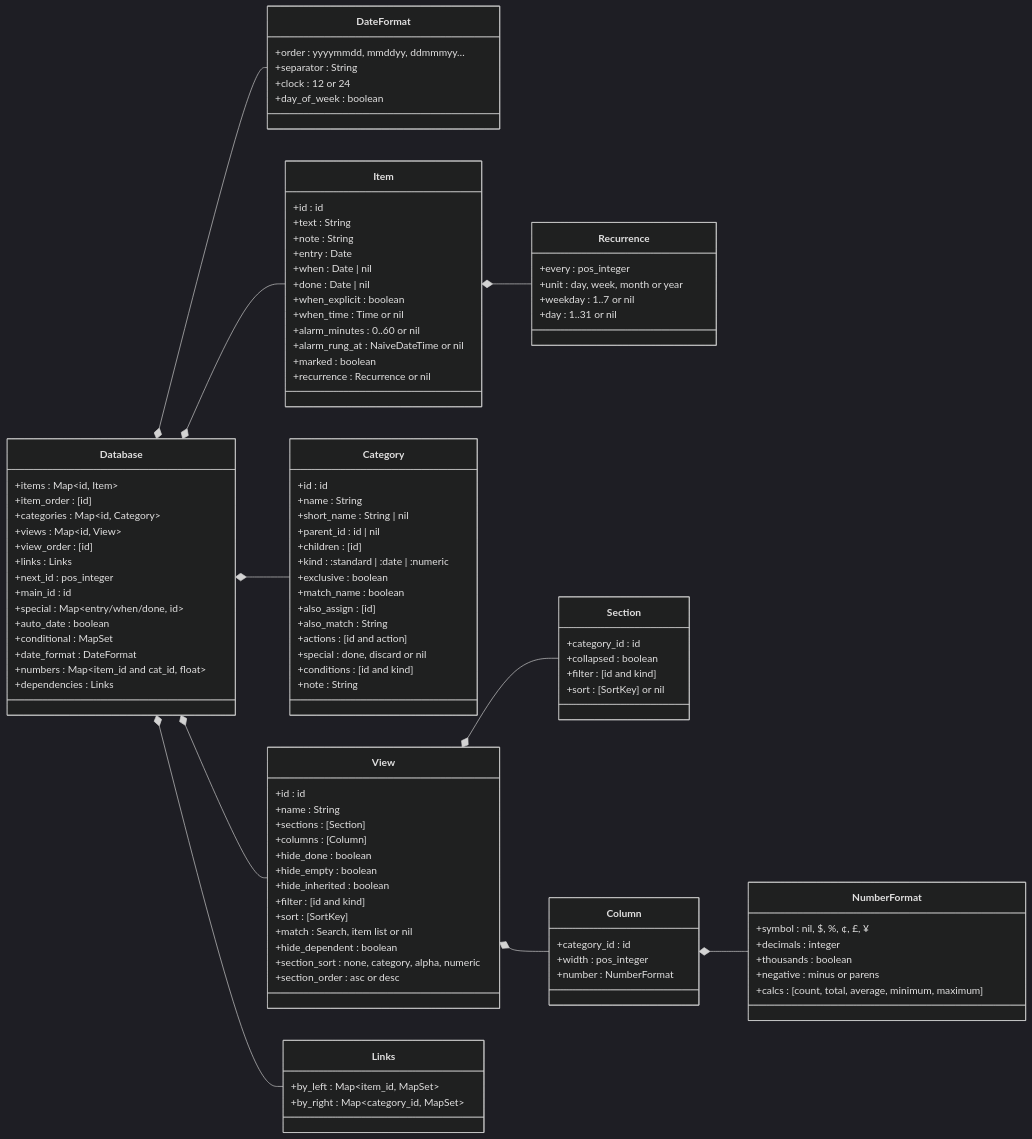
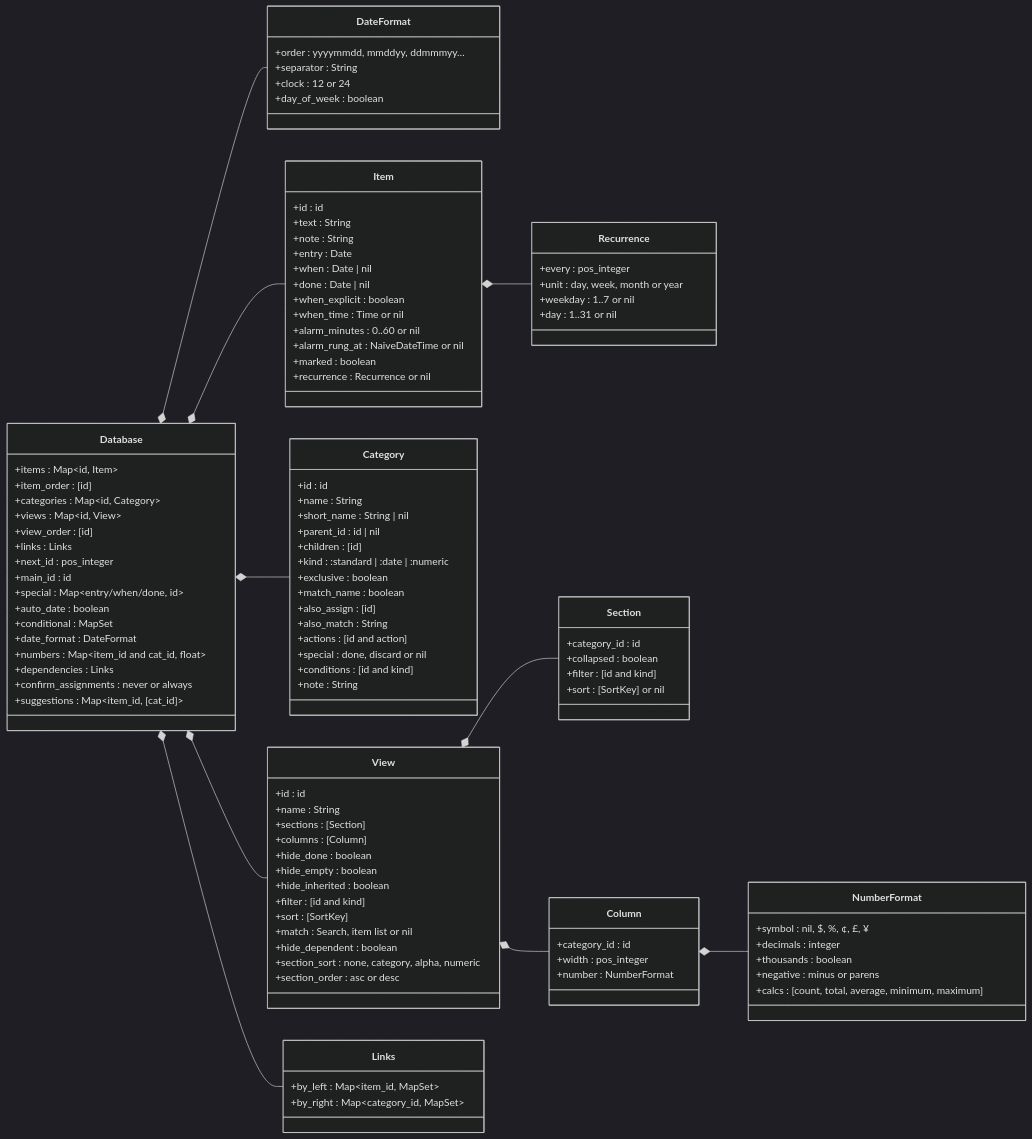
One commit to jamting/agendum changed the second of 6 diagrams in docs/DATA_MODEL.md. Above: the diagram before and after it, drawn with Mermaid (dark theme). The commit also changed other lines of this file and 16 other files, not shown here.

```diff
--- a/docs/DATA_MODEL.md
+++ b/docs/DATA_MODEL.md
@@ -119,6 +121,8 @@
         +date_format : DateFormat
         +numbers : Map~item_id and cat_id, float~
         +dependencies : Links
+        +confirm_assignments : never or always
+        +suggestions : Map~item_id, [cat_id]~
     }
     class DateFormat {
         +order : yyyymmdd, mmddyy, ddmmmyy…
```
